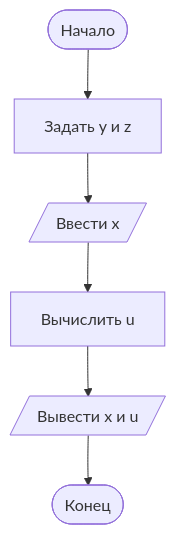
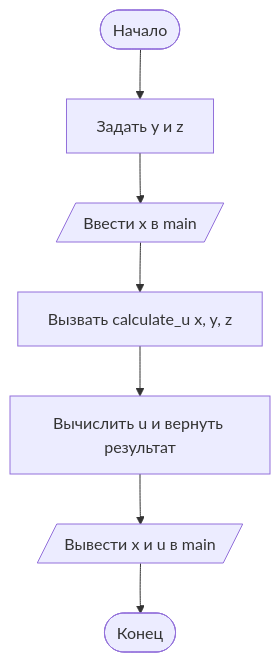
One commit to AlexChrome3078/laba5 changed the diagram in README.md. Above: the diagram before and after it, drawn with Mermaid. The commit also changed other lines of this file, not shown here.

````diff
--- a/README.md
+++ b/README.md
@@ -32,8 +32,9 @@
 ```mermaid
 flowchart TD
     A([Начало]) --> B[Задать y и z]
-    B --> C[/Ввести x/]
-    C --> D[Вычислить u]
-    D --> E[/Вывести x и u/]
-    E --> F([Конец])
+    B --> C[/Ввести x в main/]
+    C --> D[Вызвать calculate_u x, y, z]
+    D --> E[Вычислить u и вернуть результат]
+    E --> F[/Вывести x и u в main/]
+    F --> G([Конец])
 ```
````
